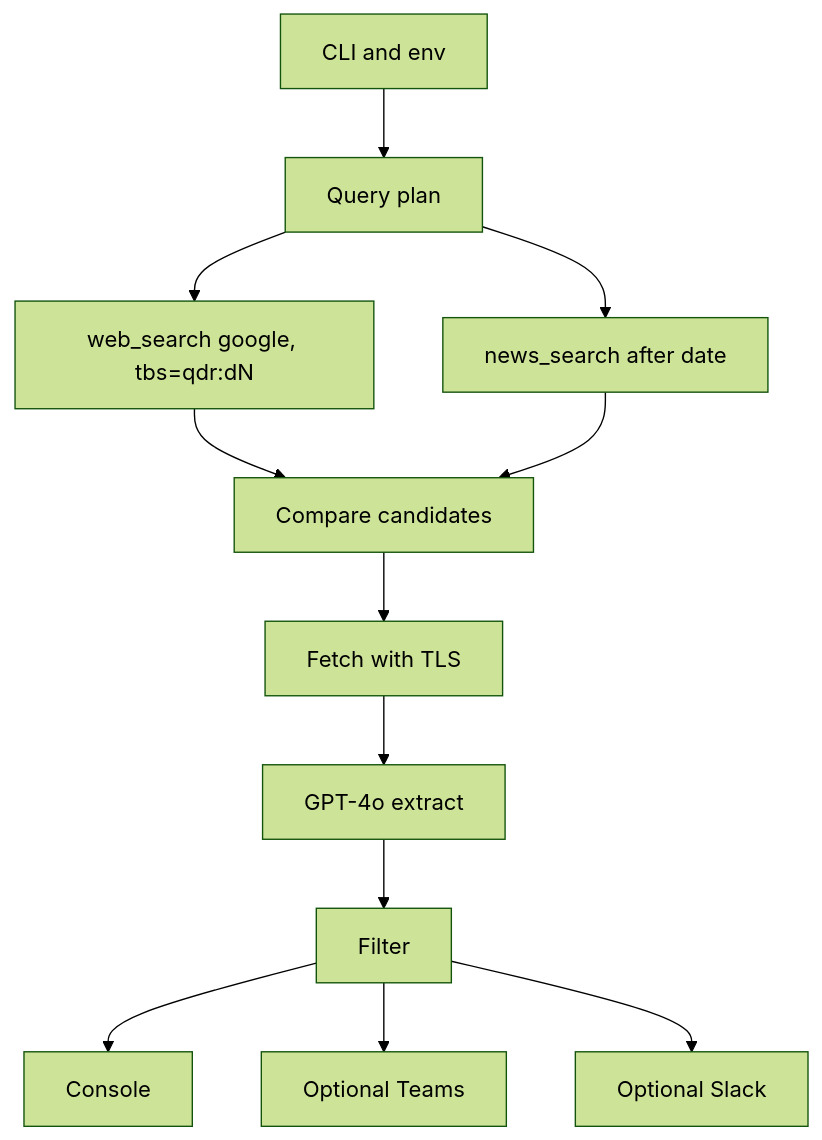
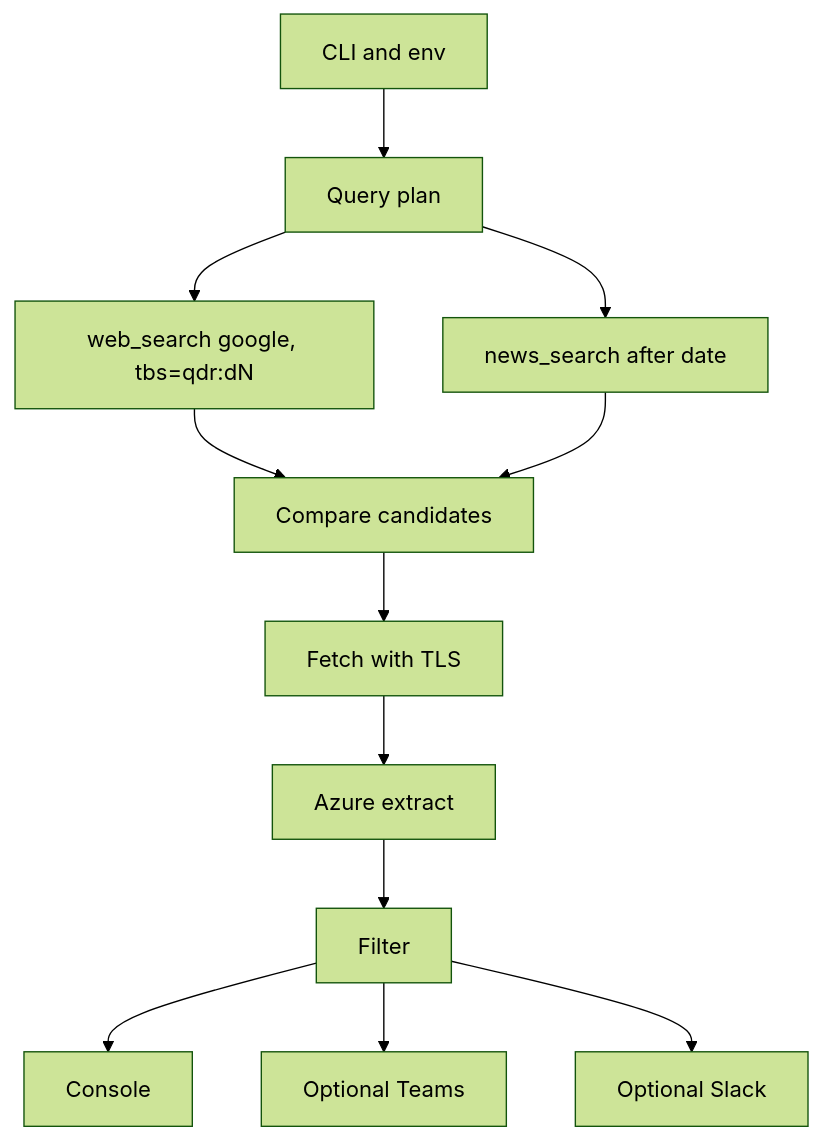
Before and after one commit to Adit-Jain-srm/SerpApi_Track1: the first of 2 diagrams in README.md, drawn with Mermaid (forest theme). The commit also changed other lines of this file and 1 other file, not shown here.

````diff
--- a/README.md
+++ b/README.md
@@ -21,14 +21,14 @@
 ```mermaid
 flowchart TD
   cli[CLI and env] --> plan[Query plan]
   plan --> web["web_search google, tbs=qdr:dN"]
   plan --> news["news_search after date"]
   web --> compare[Compare candidates]
   news --> compare
   compare --> fetch[Fetch with TLS]
-  fetch --> extract[GPT-4o extract]
+  fetch --> extract[Azure extract]
   extract --> filter[Filter]
   filter --> console[Console]
   filter --> teams[Optional Teams]
   filter --> slack[Optional Slack]
 ```
````
